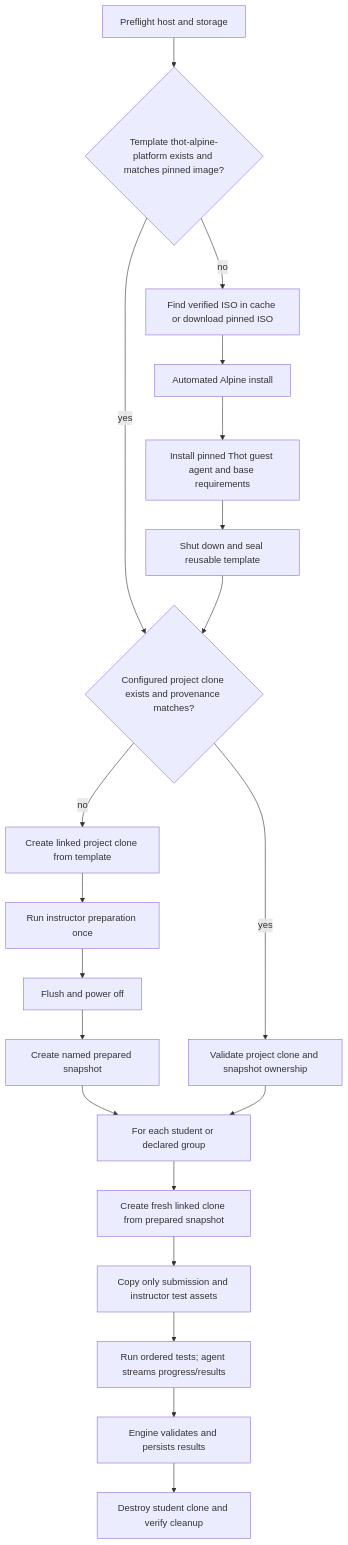
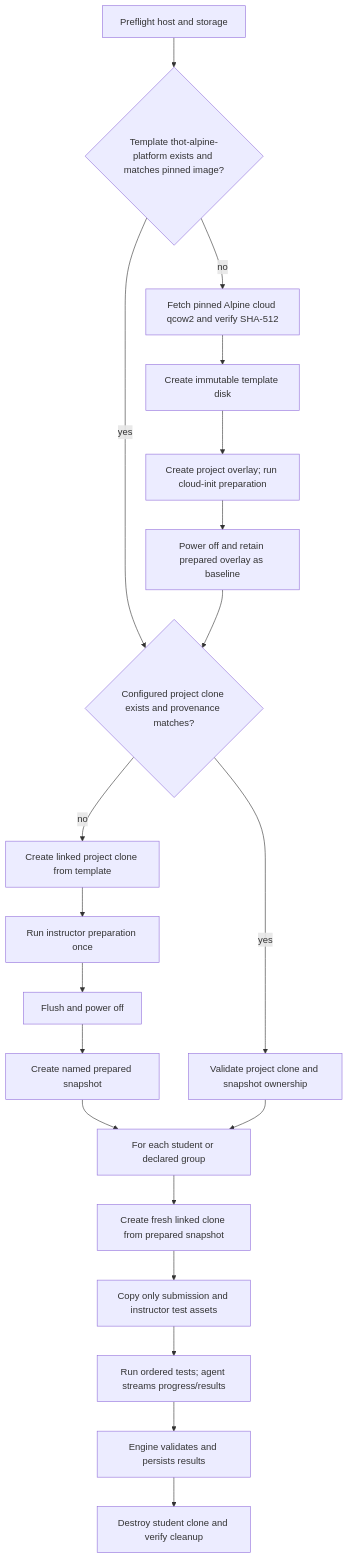
Before and after one commit to cbarahon/thot: the first of 2 diagrams in docs/KVM_ALPINE_POC.md, drawn with Mermaid. The commit also changed other lines of this file and 74 other files, not shown here.

````diff
--- a/docs/KVM_ALPINE_POC.md
+++ b/docs/KVM_ALPINE_POC.md
@@ -21,22 +23,22 @@
 ```mermaid
 flowchart TD
   A[Preflight host and storage] --> B{Template thot-alpine-platform exists and matches pinned image?}
-  B -- no --> C[Find verified ISO in cache or download pinned ISO]
-  C --> D[Automated Alpine install]
-  D --> E[Install pinned Thot guest agent and base requirements]
-  E --> F[Shut down and seal reusable template]
+  B -- no --> C[Fetch pinned Alpine cloud qcow2 and verify SHA-512]
+  C --> D[Create immutable template disk]
+  D --> E[Create project overlay; run cloud-init preparation]
+  E --> F[Power off and retain prepared overlay as baseline]
   B -- yes --> G{Configured project clone exists and provenance matches?}
   F --> G
   G -- no --> H[Create linked project clone from template]
   H --> I[Run instructor preparation once]
   I --> J[Flush and power off]
   J --> K[Create named prepared snapshot]
   G -- yes --> L[Validate project clone and snapshot ownership]
   K --> M[For each student or declared group]
   L --> M
   M --> N[Create fresh linked clone from prepared snapshot]
   N --> O[Copy only submission and instructor test assets]
   O --> P[Run ordered tests; agent streams progress/results]
   P --> Q[Engine validates and persists results]
   Q --> R[Destroy student clone and verify cleanup]
 ```
````
